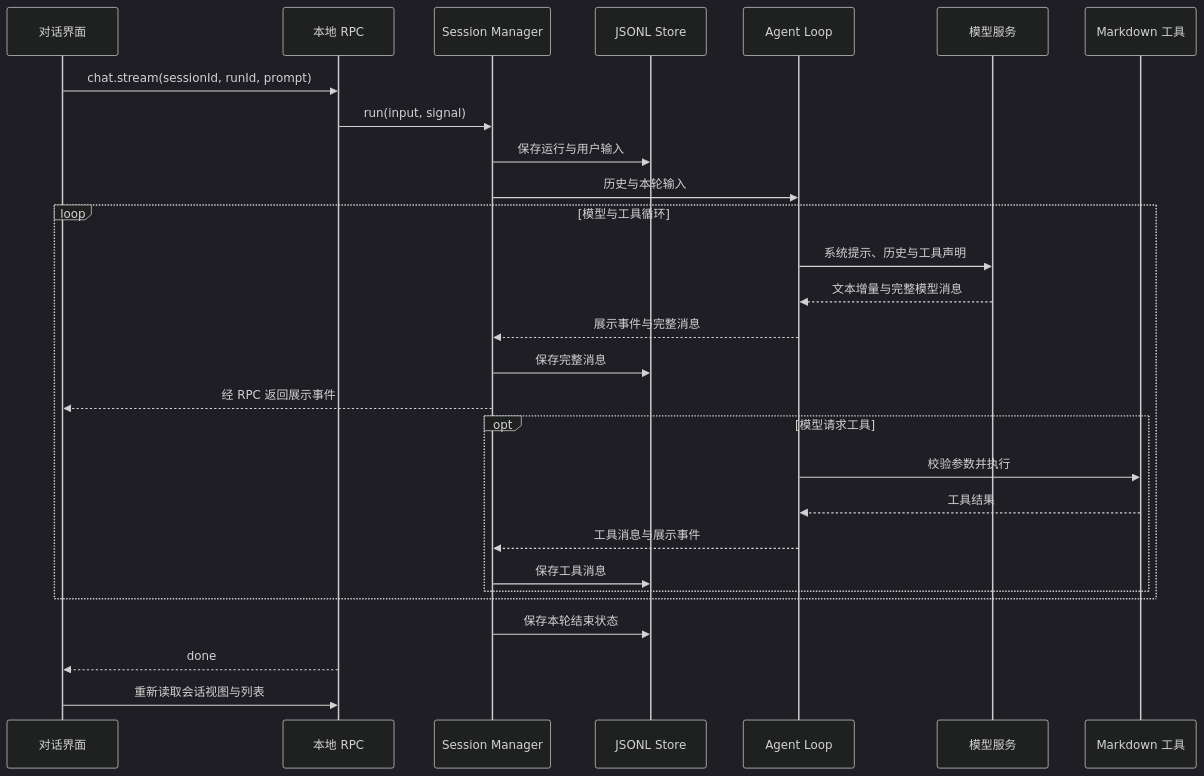
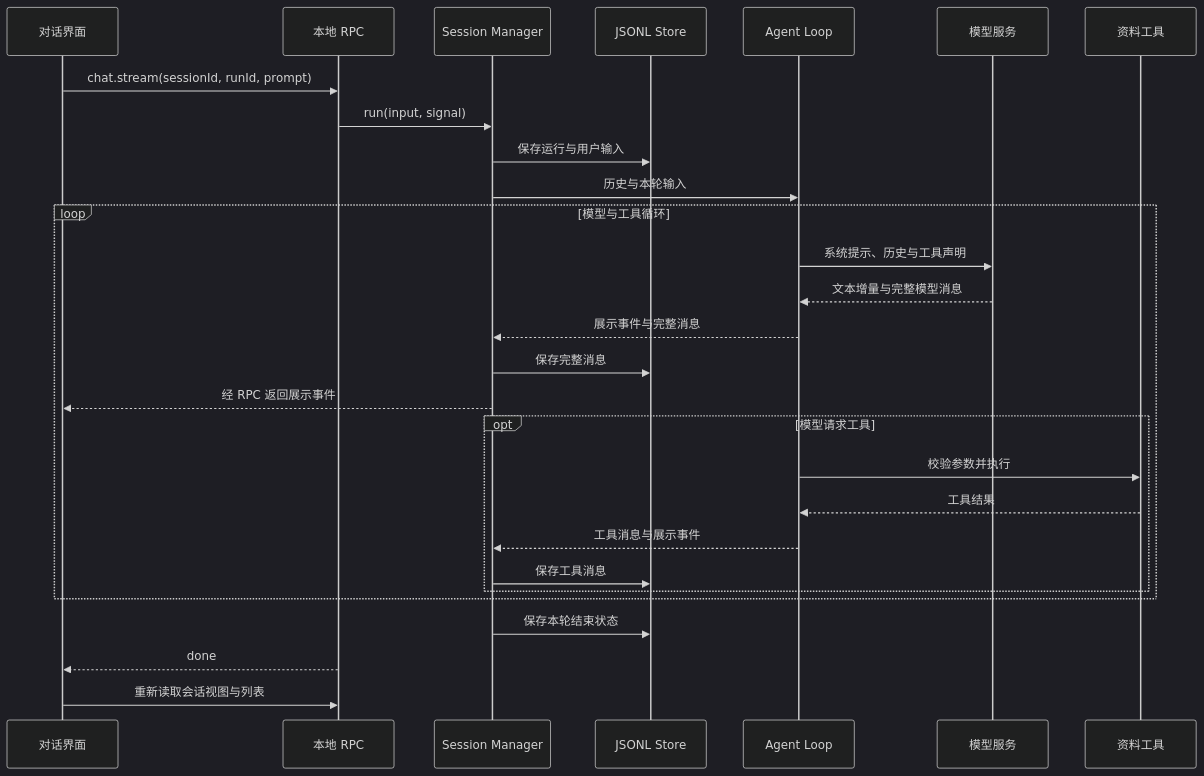
The second of 2 diagrams in docs/architecture/current-runtime.md (fa3eng/jelly), drawn with Mermaid (dark theme) before and after one commit. The commit also changed other lines of this file and 74 other files, not shown here.

````diff
--- a/docs/architecture/current-runtime.md
+++ b/docs/architecture/current-runtime.md
@@ -49,30 +49,30 @@
 ```mermaid
 sequenceDiagram
     participant UI as 对话界面
     participant RPC as 本地 RPC
     participant Session as Session Manager
     participant Store as JSONL Store
     participant Agent as Agent Loop
     participant Model as 模型服务
-    participant Tools as Markdown 工具
+    participant Tools as 资料工具
     UI->>RPC: chat.stream(sessionId, runId, prompt)
     RPC->>Session: run(input, signal)
     Session->>Store: 保存运行与用户输入
     Session->>Agent: 历史与本轮输入
     loop 模型与工具循环
         Agent->>Model: 系统提示、历史与工具声明
         Model-->>Agent: 文本增量与完整模型消息
         Agent-->>Session: 展示事件与完整消息
         Session->>Store: 保存完整消息
         Session-->>UI: 经 RPC 返回展示事件
         opt 模型请求工具
             Agent->>Tools: 校验参数并执行
             Tools-->>Agent: 工具结果
             Agent-->>Session: 工具消息与展示事件
             Session->>Store: 保存工具消息
         end
     end
     Session->>Store: 保存本轮结束状态
     RPC-->>UI: done
     UI->>RPC: 重新读取会话视图与列表
 ```
````
